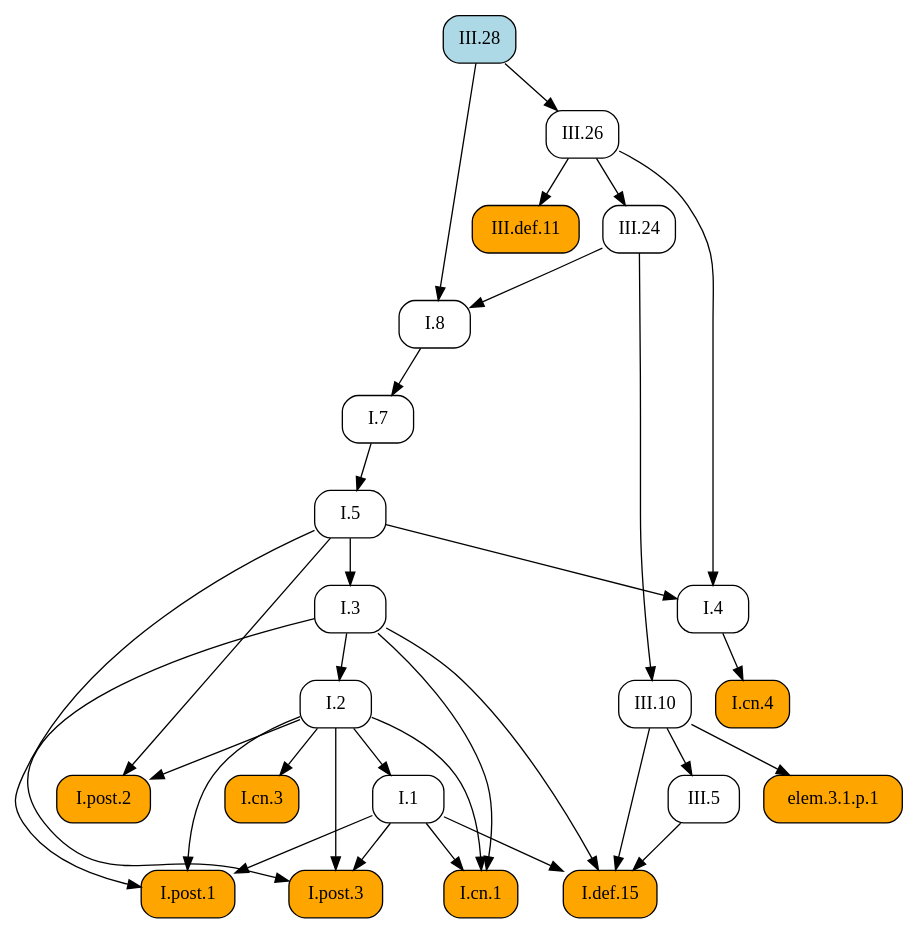
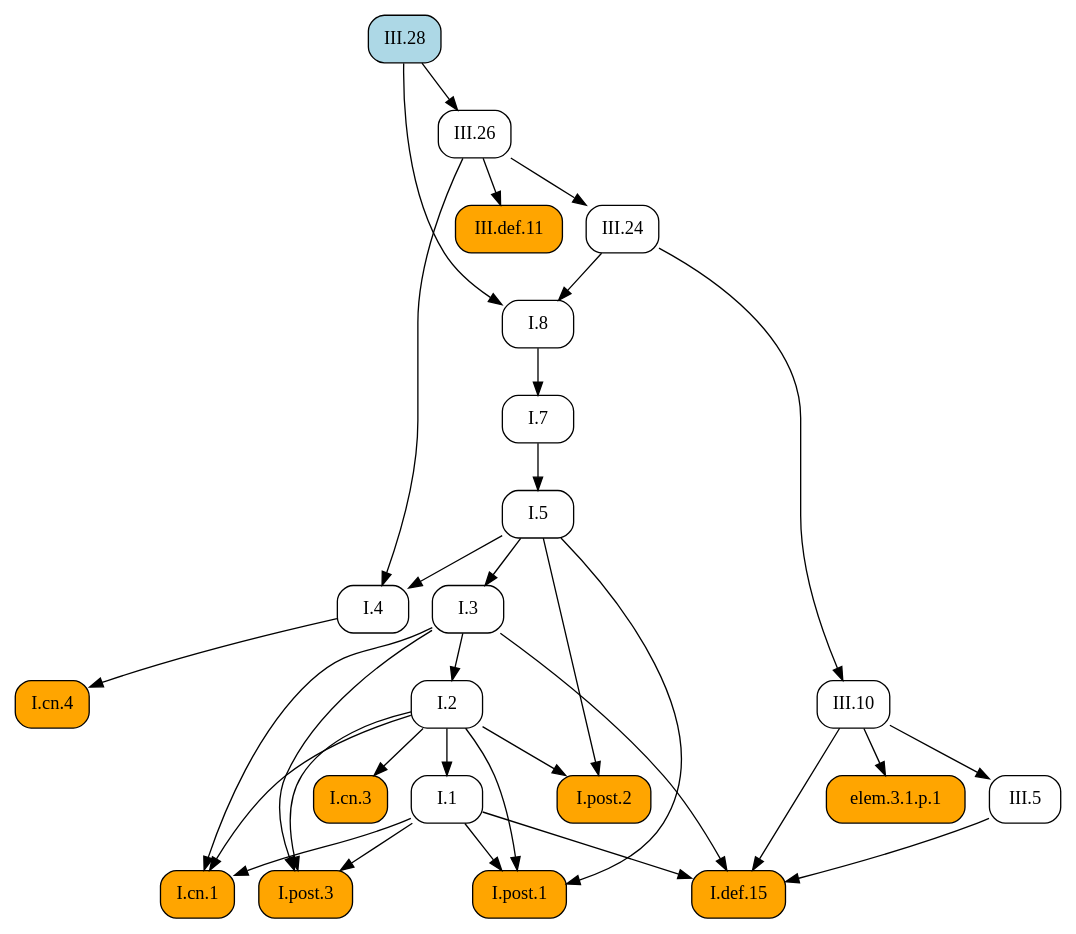
One commit to geometor/elements changed the diagram in docsrc/elements2/III/28/index.rst. Above: the diagram before and after it, drawn with Graphviz. The commit also changed other lines of this file and 171 other files, not shown here.

```diff
--- a/docsrc/elements2/III/28/index.rst
+++ b/docsrc/elements2/III/28/index.rst
@@ -56,59 +56,59 @@
 .. graphviz::
 
    digraph {
      rankdir="TB";
      node [shape=box, style=rounded];
-     "III.24" [URL="/elements2/III/24/", target="_top"];
-     "III.def.11" [style="rounded,filled", fillcolor=orange, URL="/elements2/III/def.11/", target="_top"];
      "I.8" [URL="/elements2/I/8/", target="_top"];
-     "I.2" [URL="/elements2/I/2/", target="_top"];
      "III.28" [style="rounded,filled", fillcolor=lightblue, URL="/elements2/III/28/", target="_top"];
+     "I.1" [URL="/elements2/I/1/", target="_top"];
      "I.cn.4" [style="rounded,filled", fillcolor=orange, URL="/elements2/I/cn.4/", target="_top"];
-     "I.def.15" [style="rounded,filled", fillcolor=orange, URL="/elements2/I/def.15/", target="_top"];
-     "I.post.3" [style="rounded,filled", fillcolor=orange, URL="/elements2/I/post.3/", target="_top"];
-     "III.10" [URL="/elements2/III/10/", target="_top"];
-     "I.1" [URL="/elements2/I/1/", target="_top"];
-     "I.post.2" [style="rounded,filled", fillcolor=orange, URL="/elements2/I/post.2/", target="_top"];
-     "elem.3.1.p.1" [style="rounded,filled", fillcolor=orange];
+     "I.cn.3" [style="rounded,filled", fillcolor=orange, URL="/elements2/I/cn.3/", target="_top"];
      "III.5" [URL="/elements2/III/5/", target="_top"];
-     "I.post.1" [style="rounded,filled", fillcolor=orange, URL="/elements2/I/post.1/", target="_top"];
      "I.7" [URL="/elements2/I/7/", target="_top"];
      "III.26" [URL="/elements2/III/26/", target="_top"];
+     "I.post.1" [style="rounded,filled", fillcolor=orange, URL="/elements2/I/post.1/", target="_top"];
+     "elem.3.1.p.1" [style="rounded,filled", fillcolor=orange];
+     "I.5" [URL="/elements2/I/5/", target="_top"];
      "I.cn.1" [style="rounded,filled", fillcolor=orange, URL="/elements2/I/cn.1/", target="_top"];
+     "I.2" [URL="/elements2/I/2/", target="_top"];
+     "I.def.15" [style="rounded,filled", fillcolor=orange, URL="/elements2/I/def.15/", target="_top"];
+     "I.4" [URL="/elements2/I/4/", target="_top"];
+     "III.def.11" [style="rounded,filled", fillcolor=orange, URL="/elements2/III/def.11/", target="_top"];
+     "III.24" [URL="/elements2/III/24/", target="_top"];
+     "III.10" [URL="/elements2/III/10/", target="_top"];
      "I.3" [URL="/elements2/I/3/", target="_top"];
-     "I.cn.3" [style="rounded,filled", fillcolor=orange, URL="/elements2/I/cn.3/", target="_top"];
-     "I.5" [URL="/elements2/I/5/", target="_top"];
-     "I.4" [URL="/elements2/I/4/", target="_top"];
-     "III.26" -> "III.24";
-     "III.26" -> "III.def.11";
+     "I.post.2" [style="rounded,filled", fillcolor=orange, URL="/elements2/I/post.2/", target="_top"];
+     "I.post.3" [style="rounded,filled", fillcolor=orange, URL="/elements2/I/post.3/", target="_top"];
      "III.24" -> "I.8";
      "III.28" -> "I.8";
+     "I.2" -> "I.1";
+     "I.4" -> "I.cn.4";
+     "I.2" -> "I.cn.3";
+     "III.10" -> "III.5";
+     "I.8" -> "I.7";
+     "III.28" -> "III.26";
+     "I.1" -> "I.post.1";
+     "I.2" -> "I.post.1";
+     "I.5" -> "I.post.1";
+     "III.10" -> "elem.3.1.p.1";
+     "I.7" -> "I.5";
+     "I.1" -> "I.cn.1";
+     "I.2" -> "I.cn.1";
+     "I.3" -> "I.cn.1";
      "I.3" -> "I.2";
-     "I.4" -> "I.cn.4";
      "I.1" -> "I.def.15";
      "I.3" -> "I.def.15";
      "III.5" -> "I.def.15";
      "III.10" -> "I.def.15";
+     "I.5" -> "I.4";
+     "III.26" -> "I.4";
+     "III.26" -> "III.def.11";
+     "III.26" -> "III.24";
+     "III.24" -> "III.10";
+     "I.5" -> "I.3";
+     "I.2" -> "I.post.2";
+     "I.5" -> "I.post.2";
      "I.1" -> "I.post.3";
      "I.2" -> "I.post.3";
      "I.3" -> "I.post.3";
-     "III.24" -> "III.10";
-     "I.2" -> "I.1";
-     "I.2" -> "I.post.2";
-     "I.5" -> "I.post.2";
-     "III.10" -> "elem.3.1.p.1";
-     "III.10" -> "III.5";
-     "I.1" -> "I.post.1";
-     "I.2" -> "I.post.1";
-     "I.5" -> "I.post.1";
-     "I.8" -> "I.7";
-     "III.28" -> "III.26";
-     "I.1" -> "I.cn.1";
-     "I.2" -> "I.cn.1";
-     "I.3" -> "I.cn.1";
-     "I.5" -> "I.3";
-     "I.2" -> "I.cn.3";
-     "I.7" -> "I.5";
-     "I.5" -> "I.4";
-     "III.26" -> "I.4";
    }
```
